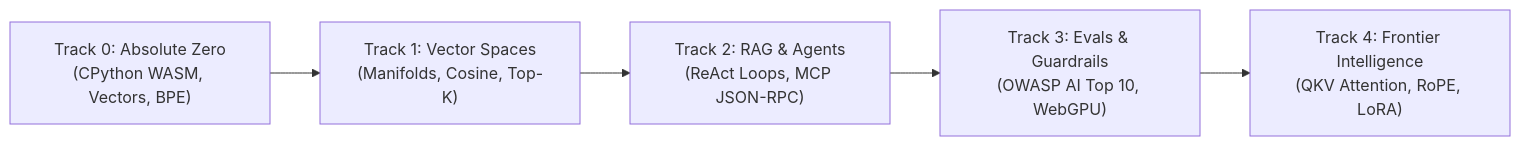
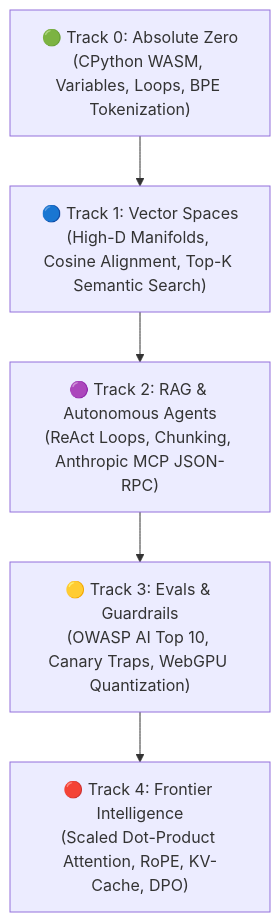
Before and after one commit to Adilrafiq001/OpenGuideForAI: the diagram in README.md, drawn with Mermaid. The commit also changed other lines of this file and 21 other files, not shown here.

Commit message:
feat: elevate OpenGuide to universal 10/10 architecture, encrypted gist backup, w3c credentials, seo, and docs

````diff
--- a/README.md
+++ b/README.md
@@ -51,7 +68,10 @@
 ```mermaid
-graph LR
-    T0["Track 0: Absolute Zero<br/>(CPython WASM, Vectors, BPE)"] --> T1["Track 1: Vector Spaces<br/>(Manifolds, Cosine, Top-K)"]
-    T1 --> T2["Track 2: RAG & Agents<br/>(ReAct Loops, MCP JSON-RPC)"]
-    T2 --> T3["Track 3: Evals & Guardrails<br/>(OWASP AI Top 10, WebGPU)"]
-    T3 --> T4["Track 4: Frontier Intelligence<br/>(QKV Attention, RoPE, LoRA)"]
+graph TD
+    T0["🟢 Track 0: Absolute Zero<br/>(CPython WASM, Variables, Loops, BPE Tokenization)"]
+    T1["🔵 Track 1: Vector Spaces<br/>(High-D Manifolds, Cosine Alignment, Top-K Semantic Search)"]
+    T2["🟣 Track 2: RAG & Autonomous Agents<br/>(ReAct Loops, Chunking, Anthropic MCP JSON-RPC)"]
+    T3["🟡 Track 3: Evals & Guardrails<br/>(OWASP AI Top 10, Canary Traps, WebGPU Quantization)"]
+    T4["🔴 Track 4: Frontier Intelligence<br/>(Scaled Dot-Product Attention, RoPE, KV-Cache, DPO)"]
+
+    T0 --> T1 --> T2 --> T3 --> T4
 ```
````
